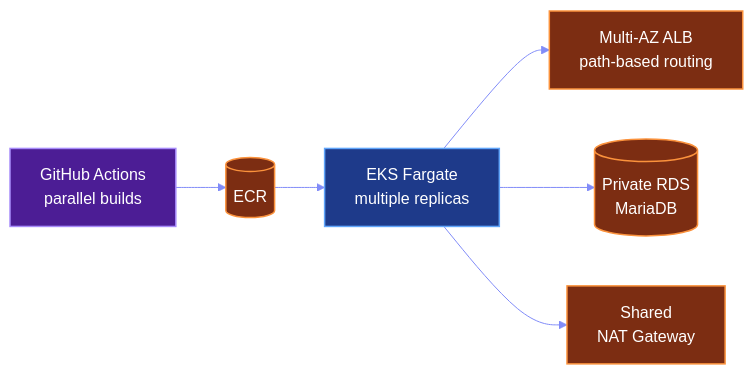
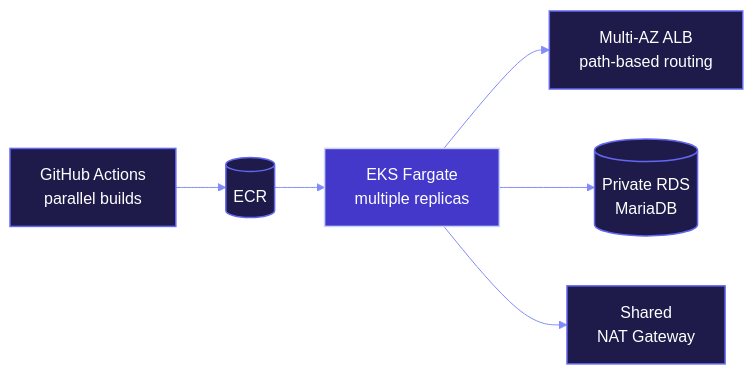
Before and after one commit to Rohit-1920/Rohit-1920: the second of 6 diagrams in README.md, drawn with Mermaid. The commit also changed other lines of this file, not shown here.

````diff
--- a/README.md
+++ b/README.md
@@ -142,17 +142,17 @@
 ```mermaid
 %%{init: {'theme':'base','themeVariables':{'fontFamily':'Inter, ui-sans-serif, system-ui, sans-serif','lineColor':'#818CF8','textColor':'#E2E8F0','edgeLabelBackground':'#1E1B4B','primaryTextColor':'#FFFFFF'}}}%%
 flowchart LR
   GA["GitHub Actions<br/>parallel builds"] --> ECR[("ECR")] --> EKS["EKS Fargate<br/>multiple replicas"] --> ALB["Multi-AZ ALB<br/>path-based routing"]
   EKS --> RDS[("Private RDS<br/>MariaDB")]
   EKS --> NAT["Shared<br/>NAT Gateway"]
-classDef aws fill:#7C2D12,stroke:#FB923C,color:#FFF,stroke-width:1.5px
-classDef k8s fill:#1E3A8A,stroke:#60A5FA,color:#FFF,stroke-width:1.5px
-classDef ci fill:#4C1D95,stroke:#A78BFA,color:#FFF,stroke-width:1.5px
-classDef iac fill:#064E3B,stroke:#34D399,color:#FFF,stroke-width:1.5px
-classDef obs fill:#164E63,stroke:#22D3EE,color:#FFF,stroke-width:1.5px
-classDef sec fill:#881337,stroke:#FB7185,color:#FFF,stroke-width:1.5px
-classDef neu fill:#1E293B,stroke:#94A3B8,color:#FFF,stroke-width:1.5px
+classDef aws fill:#1E1B4B,stroke:#6366F1,color:#FFF,stroke-width:1.5px
+classDef k8s fill:#4338CA,stroke:#C7D2FE,color:#FFF,stroke-width:1.5px
+classDef ci fill:#1E1B4B,stroke:#6366F1,color:#FFF,stroke-width:1.5px
+classDef iac fill:#1E1B4B,stroke:#6366F1,color:#FFF,stroke-width:1.5px
+classDef obs fill:#1E1B4B,stroke:#6366F1,color:#FFF,stroke-width:1.5px
+classDef sec fill:#1E1B4B,stroke:#6366F1,color:#FFF,stroke-width:1.5px
+classDef neu fill:#0F0D2E,stroke:#4F46E5,color:#FFF,stroke-width:1.5px
 class GA ci
 class ECR,ALB,RDS,NAT aws
 class EKS k8s
 ```
````
